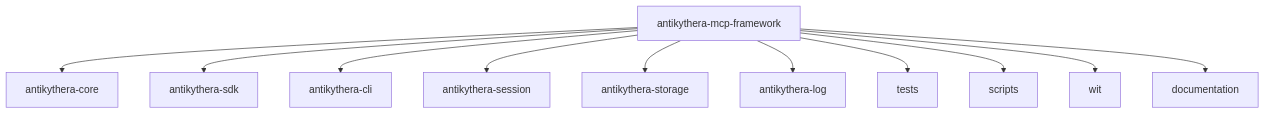
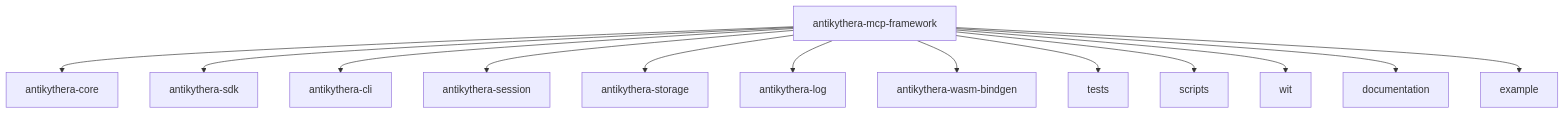
One commit to tsfarizi/antikythera-mcp-framework changed the first of 2 diagrams in documentation/WORKSPACE.md. Above: the diagram before and after it, drawn with Mermaid. The commit also changed other lines of this file and 6 other files, not shown here.

````diff
--- a/documentation/WORKSPACE.md
+++ b/documentation/WORKSPACE.md
@@ -7,14 +7,16 @@
 ```mermaid
 flowchart TD
     ROOT[antikythera-mcp-framework]
     ROOT --> CORE[antikythera-core]
     ROOT --> SDK[antikythera-sdk]
     ROOT --> CLI[antikythera-cli]
     ROOT --> SESSION[antikythera-session]
     ROOT --> STORAGE[antikythera-storage]
     ROOT --> LOG[antikythera-log]
+    ROOT --> WASM_BINDGEN[antikythera-wasm-bindgen]
     ROOT --> TESTS[tests]
     ROOT --> SCRIPTS[scripts]
     ROOT --> WIT[wit]
     ROOT --> DOCS[documentation]
+    ROOT --> EXAMPLES[example]
 ```
````
